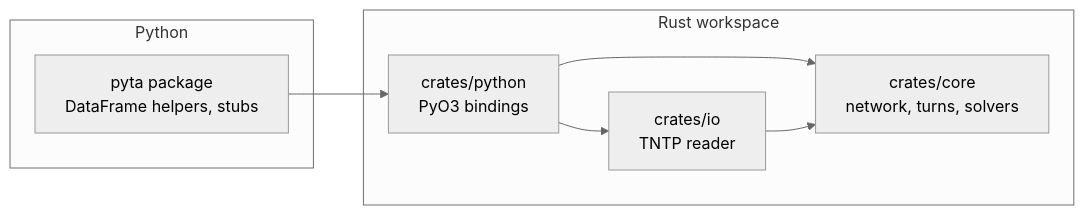
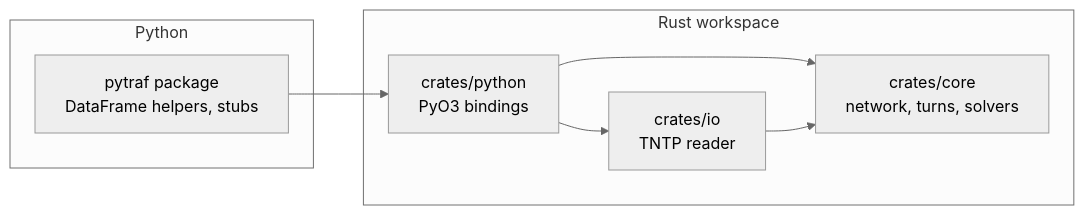
One commit to harisbal/pyta changed the diagram in docs/design/architecture.md. Above: the diagram before and after it, drawn with Mermaid (neutral theme). The commit also changed other lines of this file and 49 other files, not shown here.

First line of the commit message:
Rename the package to pytraf (#3)

````diff
--- a/docs/design/architecture.md
+++ b/docs/design/architecture.md
@@ -3,15 +3,15 @@
 ```mermaid
 flowchart LR
     subgraph Python
-        P[pyta package<br/>DataFrame helpers, stubs]
+        P[pytraf package<br/>DataFrame helpers, stubs]
     end
     subgraph Rust workspace
         PY[crates/python<br/>PyO3 bindings]
         IO[crates/io<br/>TNTP reader]
         CORE[crates/core<br/>network, turns, solvers]
     end
     P --> PY
     PY --> CORE
     PY --> IO
     IO --> CORE
 ```
````
